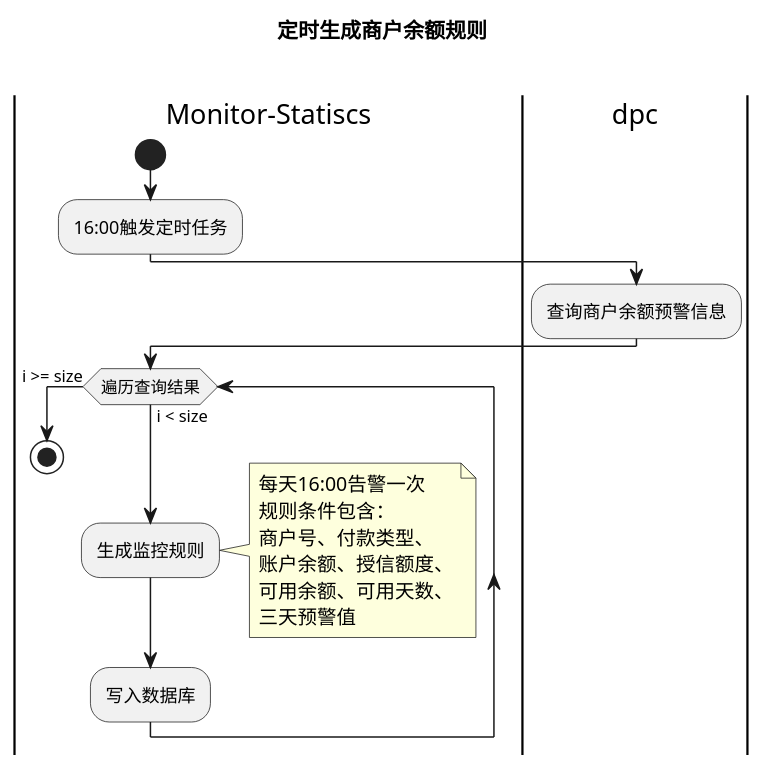
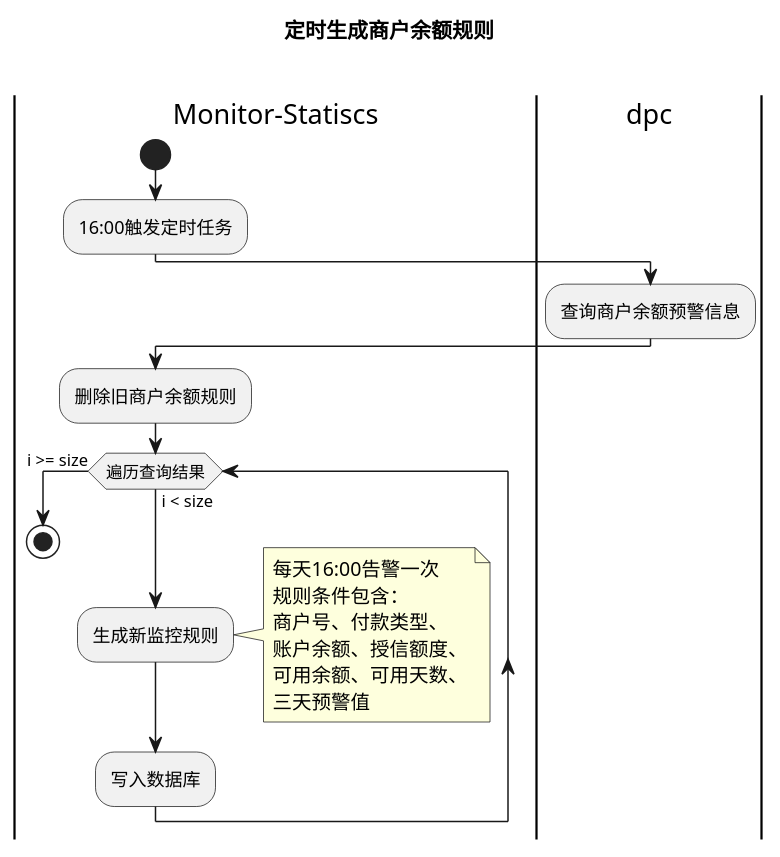
The diagram in src/main/resources/uml/monitor/swim/商户余额规则自动生成.puml (shineguo1/springDemo), drawn with PlantUML before and after one commit. The commit also changed 13 other files, not shown here.

Commit message:
uml图

```diff
--- a/src/main/resources/uml/monitor/swim/商户余额规则自动生成.puml
+++ b/src/main/resources/uml/monitor/swim/商户余额规则自动生成.puml
@@ -2,24 +2,29 @@
 @startuml
 title 定时生成商户余额规则\n
 |#white|Monitor-Statiscs|
 start
 'note right: 定时生成商\n户余额规则
 :16:00触发定时任务;
 |dpc|
 :查询商户余额预警信息;
 |Monitor-Statiscs|
+:删除旧商户余额规则;
 while (遍历查询结果) is (i < size)
-    :生成监控规则;
+    :生成新监控规则;
     note right
         每天16:00告警一次
         规则条件包含：
         商户号、付款类型、
         账户余额、授信额度、
         可用余额、可用天数、
         三天预警值
     end note
 :写入数据库;
 endwhile (i >= size)
 stop
 
+
+'输入：每天16：00触发
+'输出：刷新今天的商户余额规则，落库。
+'描述：商户余额告警流程的子流程。查询DPC，获得今天的商户余额预警信息，生成规则落库；删除昨天的商户余额监控规则。
 @enduml
```
